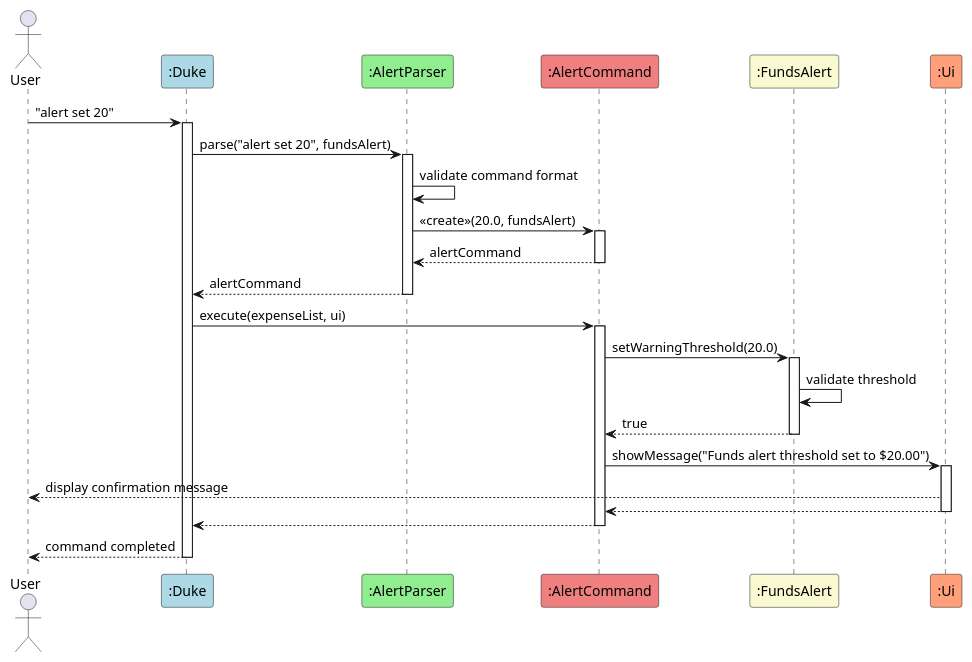
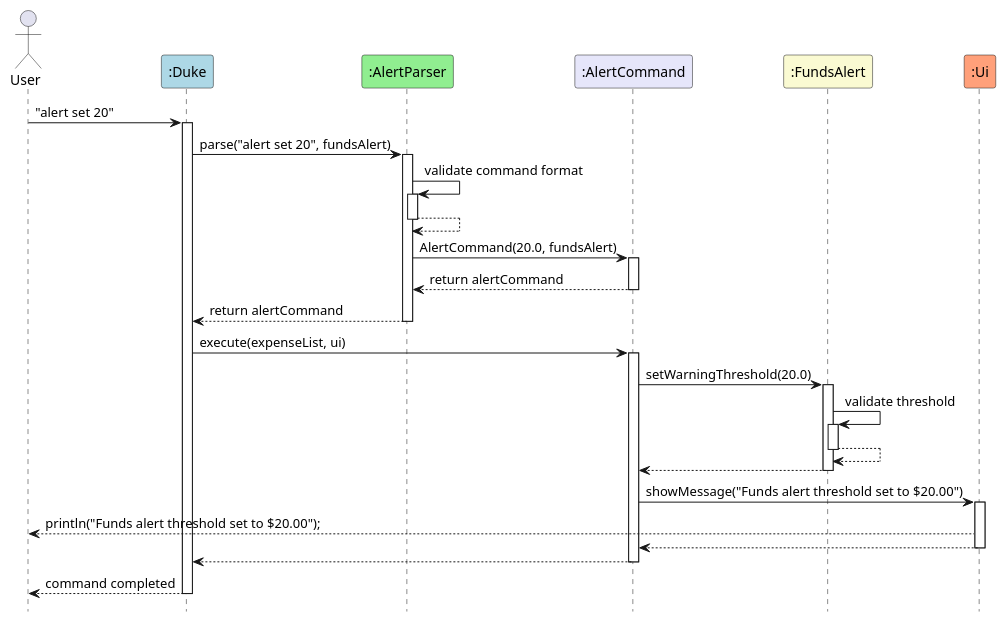
One commit to xiaojielei/tp changed the diagram in docs/puml/SetAlert.puml. Above: the diagram before and after it, drawn with PlantUML. The commit also changed 6 other files, not shown here.

Commit message:
Improved PUML sequence diagrams

```diff
--- a/docs/puml/SetAlert.puml
+++ b/docs/puml/SetAlert.puml
@@ -1,43 +1,56 @@
 @startuml
-'https://plantuml.com/sequence-diagram
+hide footbox
 
 actor User
 participant ":Duke" as Duke #LightBlue
 participant ":AlertParser" as AlertParser #LightGreen
-participant ":AlertCommand" as AlertCommand #LightCoral
+participant ":AlertCommand" as AlertCommand #Lavender
 participant ":FundsAlert" as FundsAlert #LightGoldenRodYellow
 participant ":Ui" as Ui #LightSalmon
+
 
 User -> Duke: "alert set 20"
 activate Duke
 
 Duke -> AlertParser: parse("alert set 20", fundsAlert)
 activate AlertParser
-AlertParser -> AlertParser: validate command format
-AlertParser -> AlertCommand: <<create>>(20.0, fundsAlert)
+
+  AlertParser -> AlertParser: validate command format
+  activate AlertParser
+  AlertParser --> AlertParser
+  deactivate AlertParser
+
+AlertParser -> AlertCommand: AlertCommand(20.0, fundsAlert)
 activate AlertCommand
-AlertCommand --> AlertParser: alertCommand
+AlertCommand --> AlertParser: return alertCommand
 deactivate AlertCommand
-AlertParser --> Duke: alertCommand
+
+AlertParser --> Duke: return alertCommand
 deactivate AlertParser
 
 Duke -> AlertCommand: execute(expenseList, ui)
 activate AlertCommand
+
 AlertCommand -> FundsAlert: setWarningThreshold(20.0)
 activate FundsAlert
-FundsAlert -> FundsAlert: validate threshold
-FundsAlert --> AlertCommand: true
+
+  FundsAlert -> FundsAlert: validate threshold
+  activate FundsAlert
+  FundsAlert --> FundsAlert
+  deactivate FundsAlert
+
+FundsAlert --> AlertCommand
 deactivate FundsAlert
 
 AlertCommand -> Ui: showMessage("Funds alert threshold set to $20.00")
 activate Ui
-Ui --> User: display confirmation message
+Ui --> User: println("Funds alert threshold set to $20.00");
 Ui --> AlertCommand
 deactivate Ui
 
 AlertCommand --> Duke
 deactivate AlertCommand
 
 Duke --> User: command completed
 deactivate Duke
 @enduml
```
